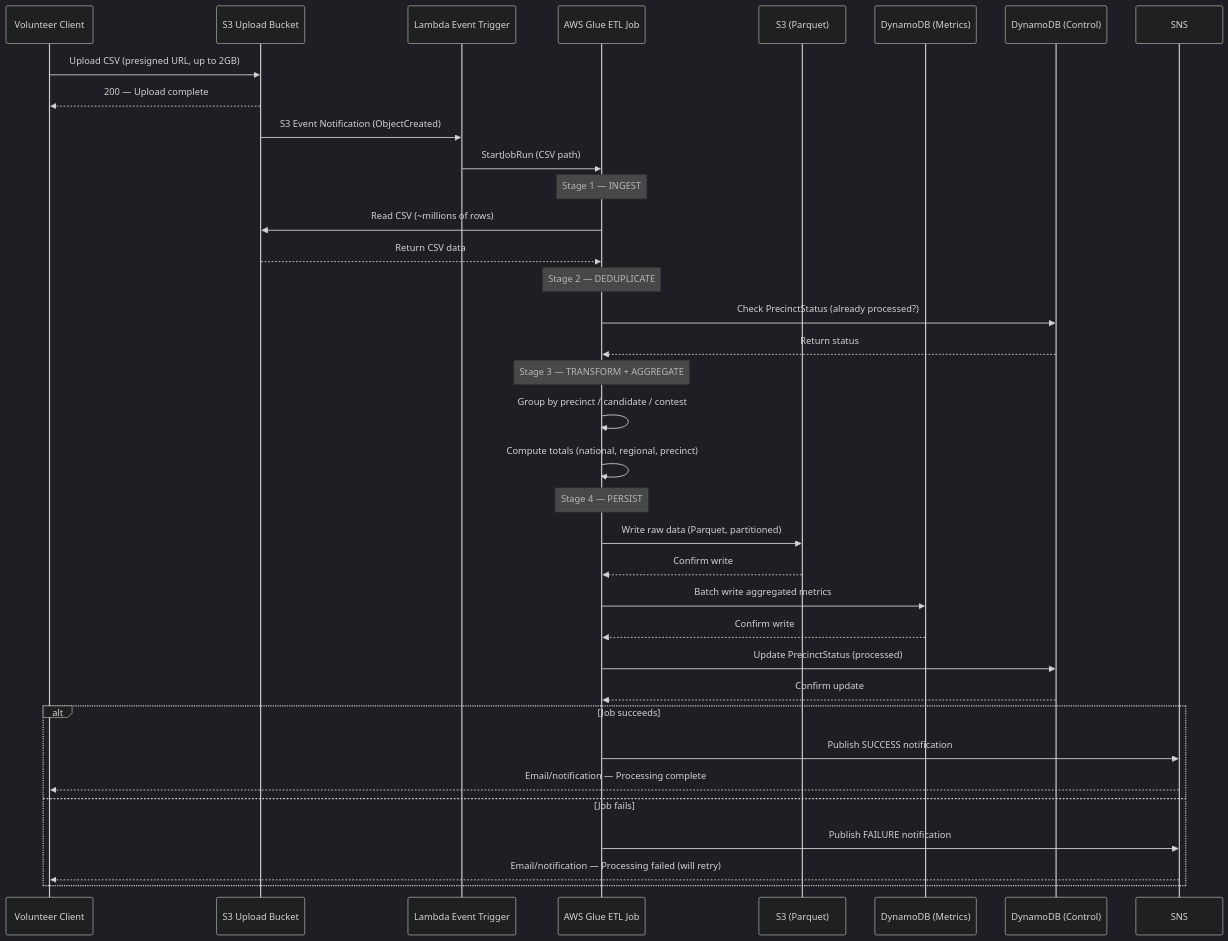
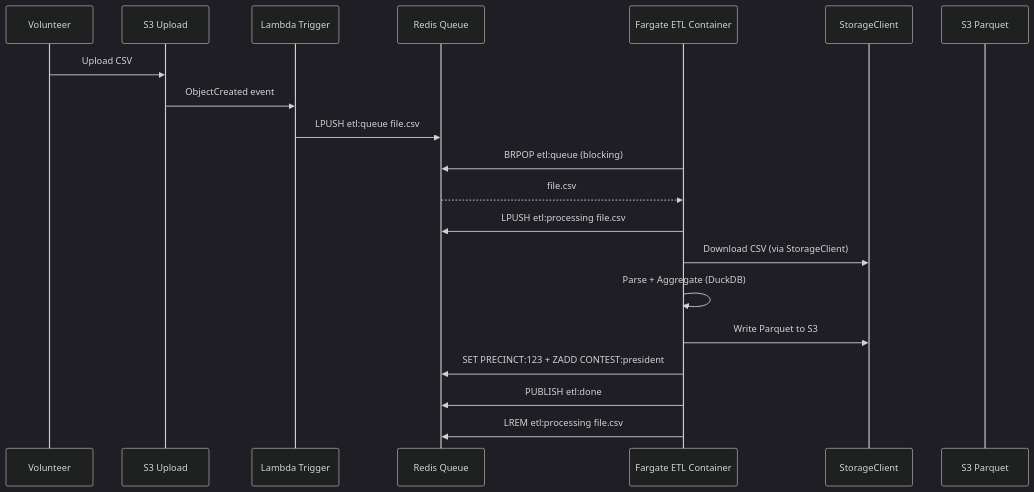
The fourth of 5 diagrams in README.md (daryllmagsombol/ppcrv-poc), drawn with Mermaid (dark theme) before and after one commit. The commit also changed other lines of this file and 9 other files, not shown here.

Commit message:
added v3 architecture, rearrange files, other optimizations

````diff
--- a/README.md
+++ b/README.md
@@ -458,44 +343,24 @@
 ```mermaid
 sequenceDiagram
-    participant Vol as Volunteer Client
-    participant S3U as S3 Upload Bucket
-    participant Trig as Lambda Event Trigger
-    participant Glue as AWS Glue ETL Job
-    participant S3P as S3 (Parquet)
-    participant DDB as DynamoDB (Metrics)
-    participant Ctrl as DynamoDB (Control)
-    participant SNS as SNS
+    participant Volunteer as Volunteer
+    participant S3 as S3 Upload
+    participant Trigger as Lambda Trigger
+    participant Redis as Redis Queue
+    participant ETL as Fargate ETL Container
+    participant Storage as StorageClient
+    participant S3PQ as S3 Parquet
 
-    Vol->>S3U: Upload CSV (presigned URL, up to 2GB)
-    S3U-->>Vol: 200 — Upload complete
-    S3U->>Trig: S3 Event Notification (ObjectCreated)
-    Trig->>Glue: StartJobRun (CSV path)
-    
-    Note over Glue: Stage 1 — INGEST
-    Glue->>S3U: Read CSV (~millions of rows)
-    S3U-->>Glue: Return CSV data
-    
-    Note over Glue: Stage 2 — DEDUPLICATE
-    Glue->>Ctrl: Check PrecinctStatus (already processed?)
-    Ctrl-->>Glue: Return status
-    
-    Note over Glue: Stage 3 — TRANSFORM + AGGREGATE
-    Glue->>Glue: Group by precinct / candidate / contest
-    Glue->>Glue: Compute totals (national, regional, precinct)
-    
-    Note over Glue: Stage 4 — PERSIST
-    Glue->>S3P: Write raw data (Parquet, partitioned)
-    S3P-->>Glue: Confirm write
-    Glue->>DDB: Batch write aggregated metrics
-    DDB-->>Glue: Confirm write
-    Glue->>Ctrl: Update PrecinctStatus (processed)
-    Ctrl-->>Glue: Confirm update
-    
-    alt Job succeeds
-        Glue->>SNS: Publish SUCCESS notification
-        SNS-->>Vol: Email/notification — Processing complete
-    else Job fails
-        Glue->>SNS: Publish FAILURE notification
-        SNS-->>Vol: Email/notification — Processing failed (will retry)
-    end
+    Volunteer->>S3: Upload CSV
+    S3->>Trigger: ObjectCreated event
+    Trigger->>Redis: LPUSH etl:queue file.csv
+
+    ETL->>Redis: BRPOP etl:queue (blocking)
+    Redis-->>ETL: file.csv
+    ETL->>Redis: LPUSH etl:processing file.csv
+    ETL->>Storage: Download CSV (via StorageClient)
+    ETL->>ETL: Parse + Aggregate (DuckDB)
+    ETL->>Storage: Write Parquet to S3
+    ETL->>Redis: SET PRECINCT:123 + ZADD CONTEST:president
+    ETL->>Redis: PUBLISH etl:done
+    ETL->>Redis: LREM etl:processing file.csv
 ```
````
